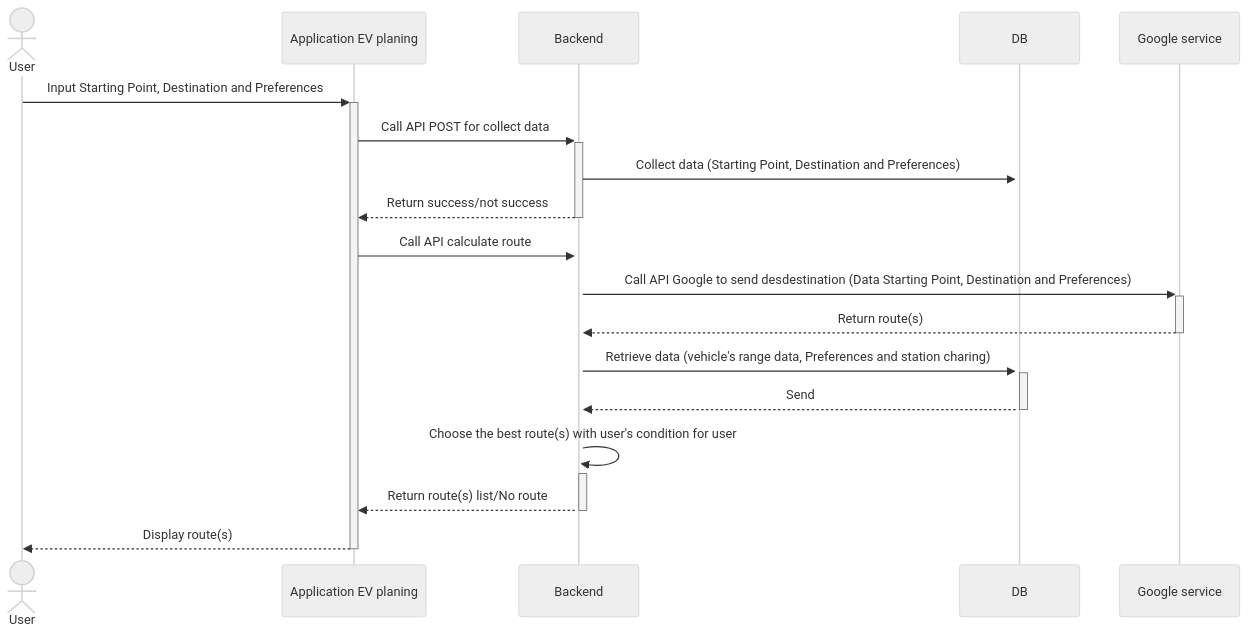
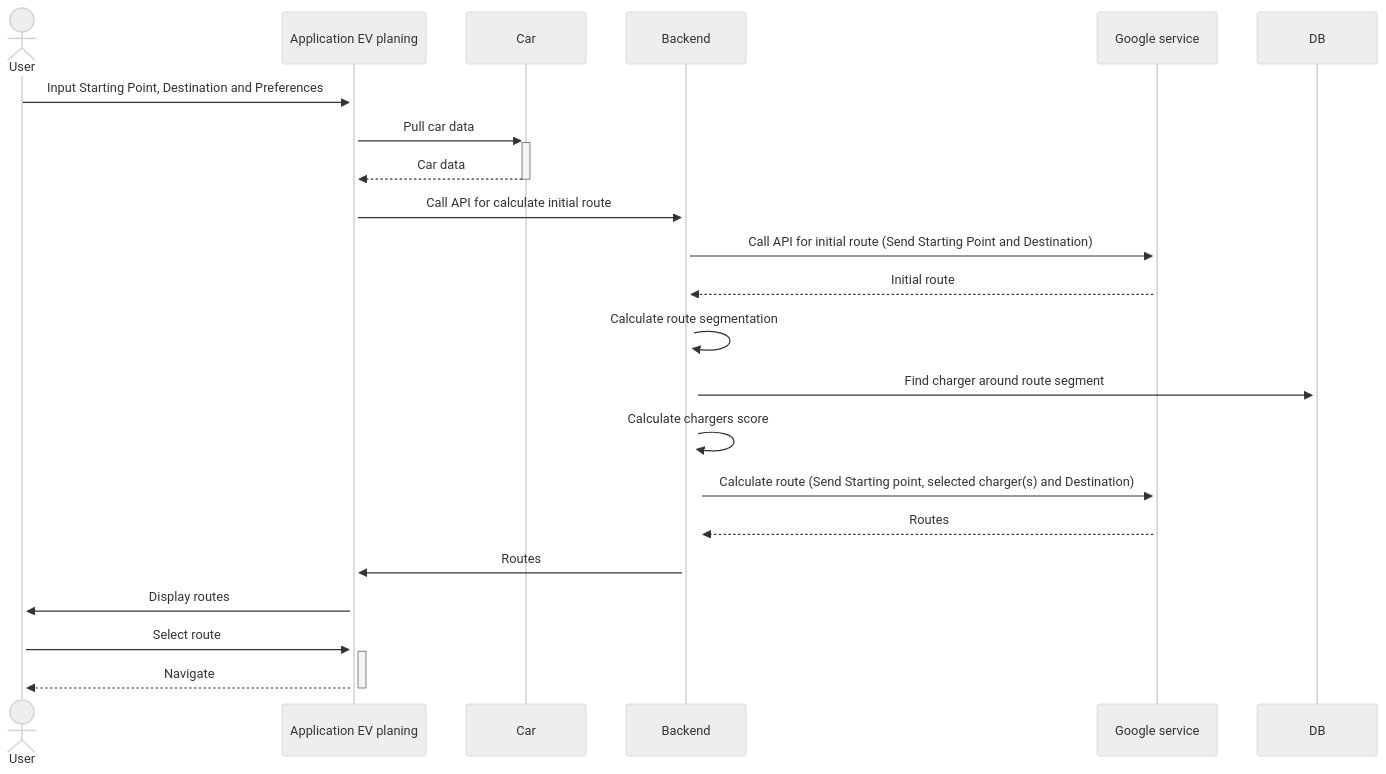
The diagram in sequence-diagram.md (ongzasad/ev-trip-planner), drawn with Mermaid (neutral theme) before and after one commit.

````diff
--- a/sequence-diagram.md
+++ b/sequence-diagram.md
@@ -1,16 +1,19 @@
 ```mermaid
   sequenceDiagram
       actor User
       User->>+Application EV planing: Input Starting Point, Destination and Preferences
-      Application EV planing->>+Backend: Call API POST for collect data
-      Backend->>+DB: Collect data (Starting Point, Destination and Preferences)
-      Backend-->>-Application EV planing: Return success/not success
-      Application EV planing->>+Backend: Call API calculate route
-      Backend->>+Google service: Call API Google to send desdestination (Data Starting Point, Destination and Preferences)
-      Google service-->>-Backend: Return route(s)
-      Backend->>+DB: Retrieve data (vehicle's range data, Preferences and station charing)
-      DB-->>-Backend: Send 
-      Backend->>+Backend: Choose the best route(s) with user's condition for user
-      Backend-->>-Application EV planing: Return route(s) list/No route
-      Application EV planing-->>-User: Display route(s)
+      Application EV planing->>+Car: Pull car data
+      Car-->>-Application EV planing: Car data
+      Application EV planing->>+Backend: Call API for calculate initial route
+      Backend->>+Google service: Call API for initial route (Send Starting Point and Destination)
+      Google service-->>+Backend: Initial route
+      Backend->>+Backend: Calculate route segmentation
+      Backend->>+DB: Find charger around route segment
+      Backend->>+Backend: Calculate chargers score
+      Backend->>+Google service: Calculate route (Send Starting point, selected charger(s) and Destination)
+      Google service-->>+Backend: Routes
+      Backend->>+Application EV planing: Routes
+      Application EV planing->>+User: Display routes
+      User->>+Application EV planing: Select route
+      Application EV planing-->>-User: Navigate
 ```
````
